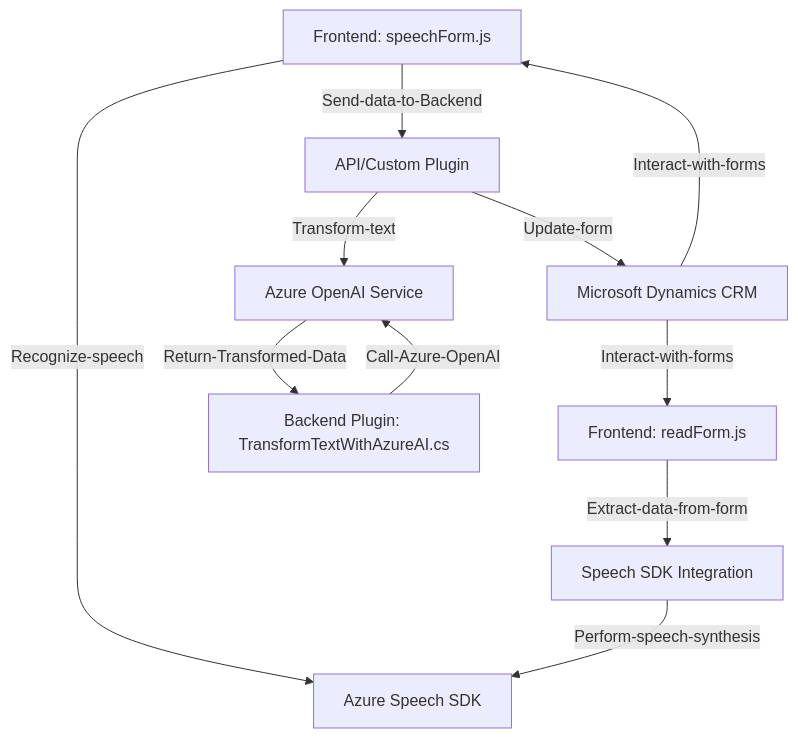
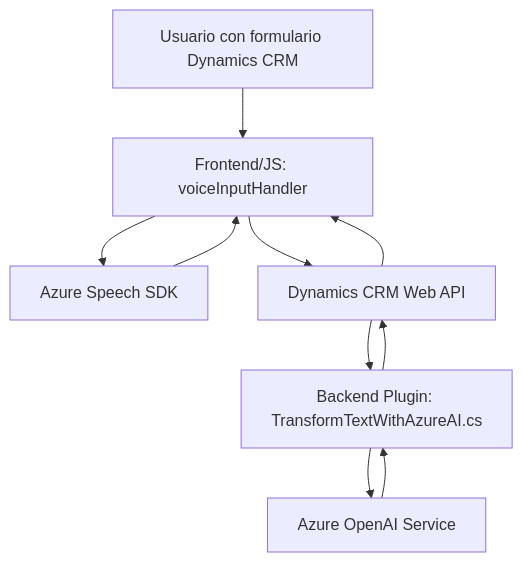
The diagram in README.md (blopezdm/NETCORE_BILBAO2025), drawn with Mermaid before and after one commit. The commit also changed other lines of this file, not shown here.

Commit message:
Actualizar análisis global de la solución con IA

````diff
--- a/README.md
+++ b/README.md
@@ -38,13 +57,19 @@
 ```mermaid
 graph TD
-  A["Frontend: readForm.js"] -- Extract-data-from-form --> B["Speech SDK Integration"]
-  B -- Perform-speech-synthesis --> C["Azure Speech SDK"]
-  D["Frontend: speechForm.js"] -- Recognize-speech --> C
-  D -- Send-data-to-Backend --> E["API/Custom Plugin"]
-  E -- Transform-text --> F["Azure OpenAI Service"]
-  G["Backend Plugin: TransformTextWithAzureAI.cs"] -- Call-Azure-OpenAI --> F
-  F -- Return-Transformed-Data --> G
-  E -- Update-form --> H["Microsoft Dynamics CRM"]
-  H -- Interact-with-forms --> A
-  H -- Interact-with-forms --> D
+    A["Usuario con formulario Dynamics CRM"]
+    B["Frontend/JS: voiceInputHandler"]
+    C["Azure Speech SDK"]
+    D["Azure OpenAI Service"]
+    E["Backend Plugin: TransformTextWithAzureAI.cs"]
+    F["Dynamics CRM Web API"]
+
+    A --> B
+    B --> C
+    C --> B
+    B --> F
+    F --> E
+    E --> D
+    D --> E
+    E --> F
+    F --> B
 ```
````
